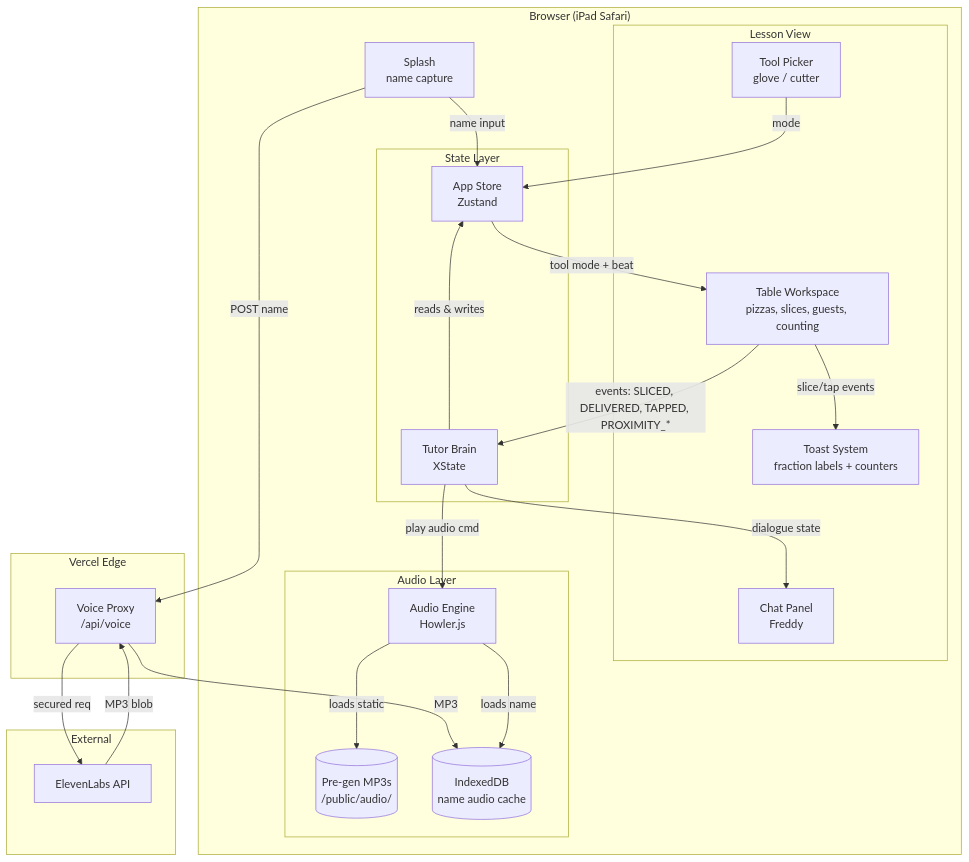
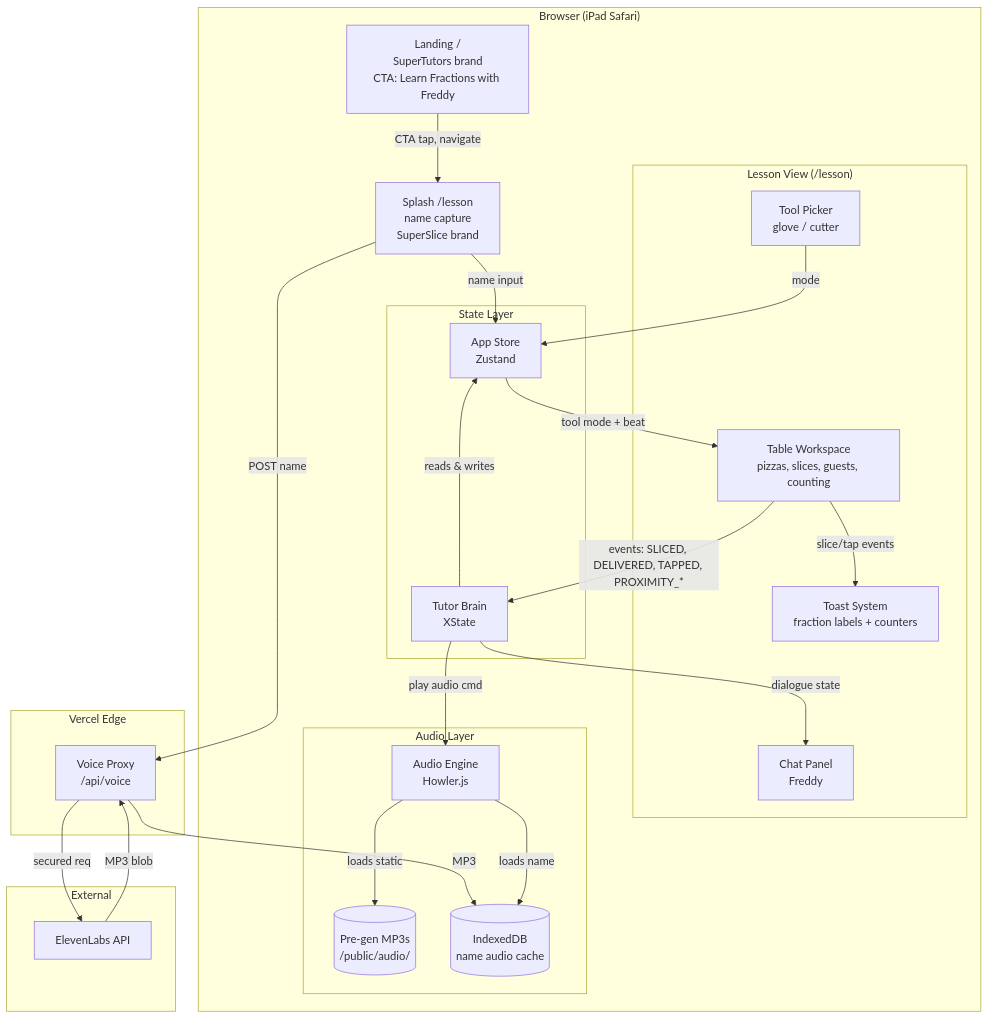
Before and after one commit to jdijols/supertutors: the first of 2 diagrams in PRD.md, drawn with Mermaid. The commit also changed other lines of this file and 1 other file, not shown here.

````diff
--- a/PRD.md
+++ b/PRD.md
@@ -181,48 +214,50 @@
 ```mermaid
 graph TB
     subgraph Browser["Browser (iPad Safari)"]
-        Splash["Splash<br/>name capture"]
+        Landing["Landing /<br/>SuperTutors brand<br/>CTA: Learn Fractions with Freddy"]
+        Splash["Splash /lesson<br/>name capture<br/>SuperSlice brand"]
 
-        subgraph LessonView["Lesson View"]
+        subgraph LessonView["Lesson View (/lesson)"]
             Chat["Chat Panel<br/>Freddy"]
             Table["Table Workspace<br/>pizzas, slices, guests, counting"]
             Tools["Tool Picker<br/>glove / cutter"]
             Toast["Toast System<br/>fraction labels + counters"]
         end
 
         subgraph StateLayer["State Layer"]
             Brain["Tutor Brain<br/>XState"]
             Store["App Store<br/>Zustand"]
         end
 
         subgraph AudioLayer["Audio Layer"]
             Engine["Audio Engine<br/>Howler.js"]
             MP3s[("Pre-gen MP3s<br/>/public/audio/")]
             Cache[("IndexedDB<br/>name audio cache")]
         end
     end
 
     subgraph Edge["Vercel Edge"]
         Proxy["Voice Proxy<br/>/api/voice"]
     end
 
     subgraph External["External"]
         EL["ElevenLabs API"]
     end
 
+    Landing -->|CTA tap, navigate| Splash
     Splash -->|name input| Store
     Splash -->|POST name| Proxy
     Proxy -->|secured req| EL
     EL -->|MP3 blob| Proxy
     Proxy -->|MP3| Cache
 
     Table -->|events: SLICED, DELIVERED, TAPPED, PROXIMITY_*| Brain
     Brain -->|dialogue state| Chat
     Brain -->|play audio cmd| Engine
     Engine -->|loads static| MP3s
     Engine -->|loads name| Cache
     Tools -->|mode| Store
     Store -->|tool mode + beat| Table
     Table -->|slice/tap events| Toast
     Brain -->|reads & writes| Store
 ```
````
